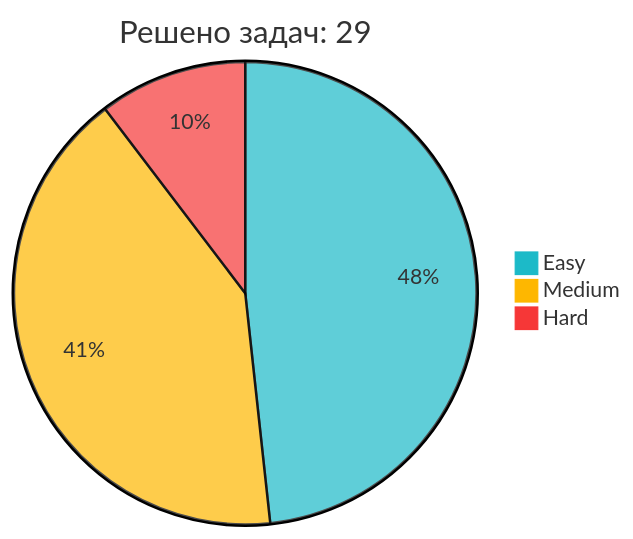
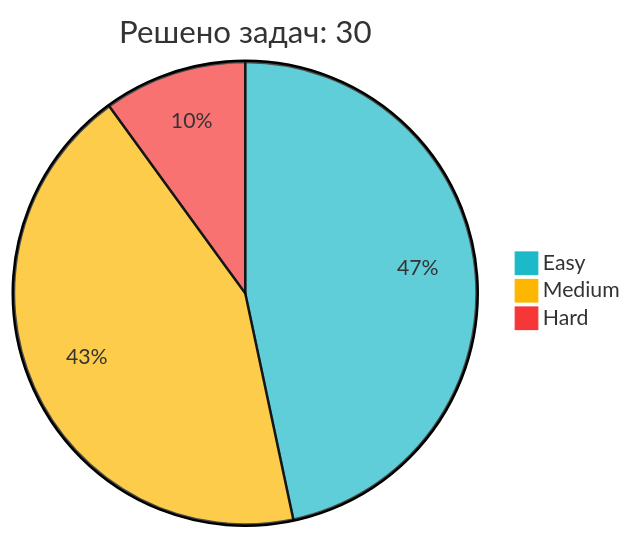
Before and after one commit to IliaKurdukov/IliaKurdukov: the diagram in README.md, drawn with Mermaid. The commit also changed other lines of this file, not shown here.

Commit message:
📈 Обновление статистики LeetCode

````diff
--- a/README.md
+++ b/README.md
@@ -51,7 +51,7 @@
 ```mermaid
 %%{init: {'theme': 'base', 'themeVariables': { 'pie1': '#1CBAC8', 'pie2': '#FEB700', 'pie3': '#F63737' }, 'config': {'width': 300, 'height': 200}}}%%
-pie title Решено задач: 29
+pie title Решено задач: 30
    "Easy" : 14
-   "Medium" : 12
+   "Medium" : 13
    "Hard" : 3
 ```
````
